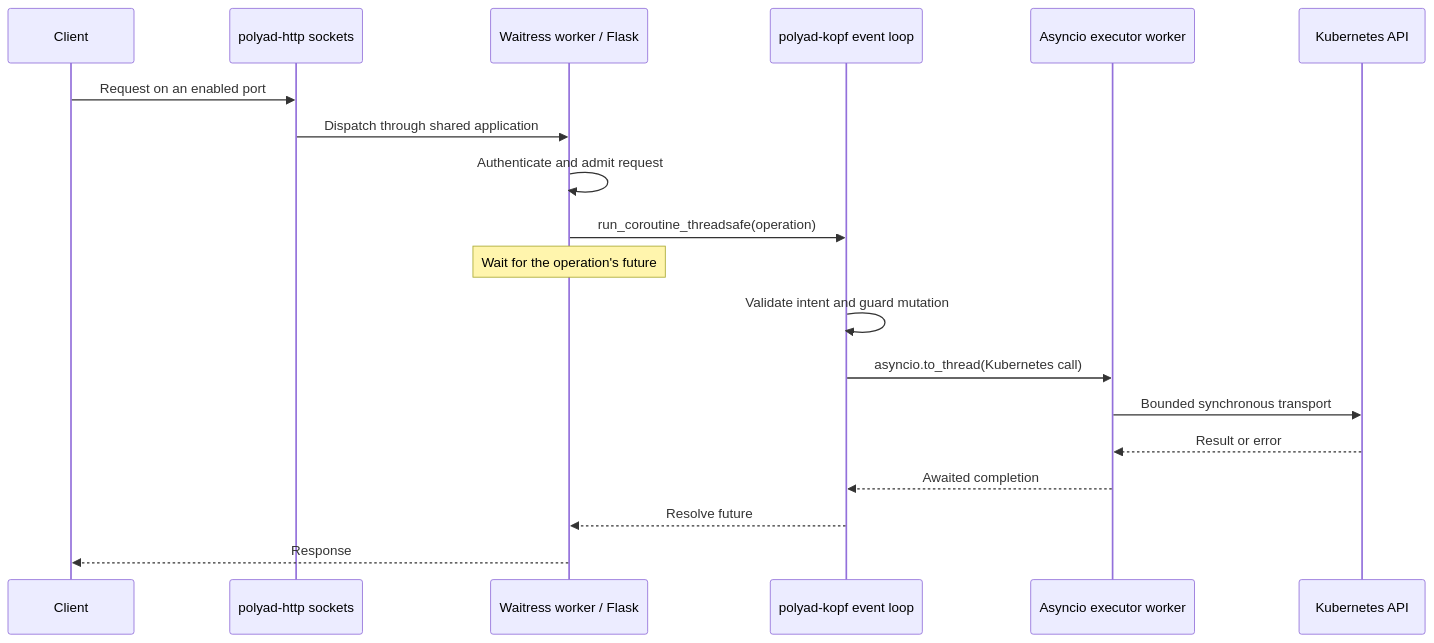
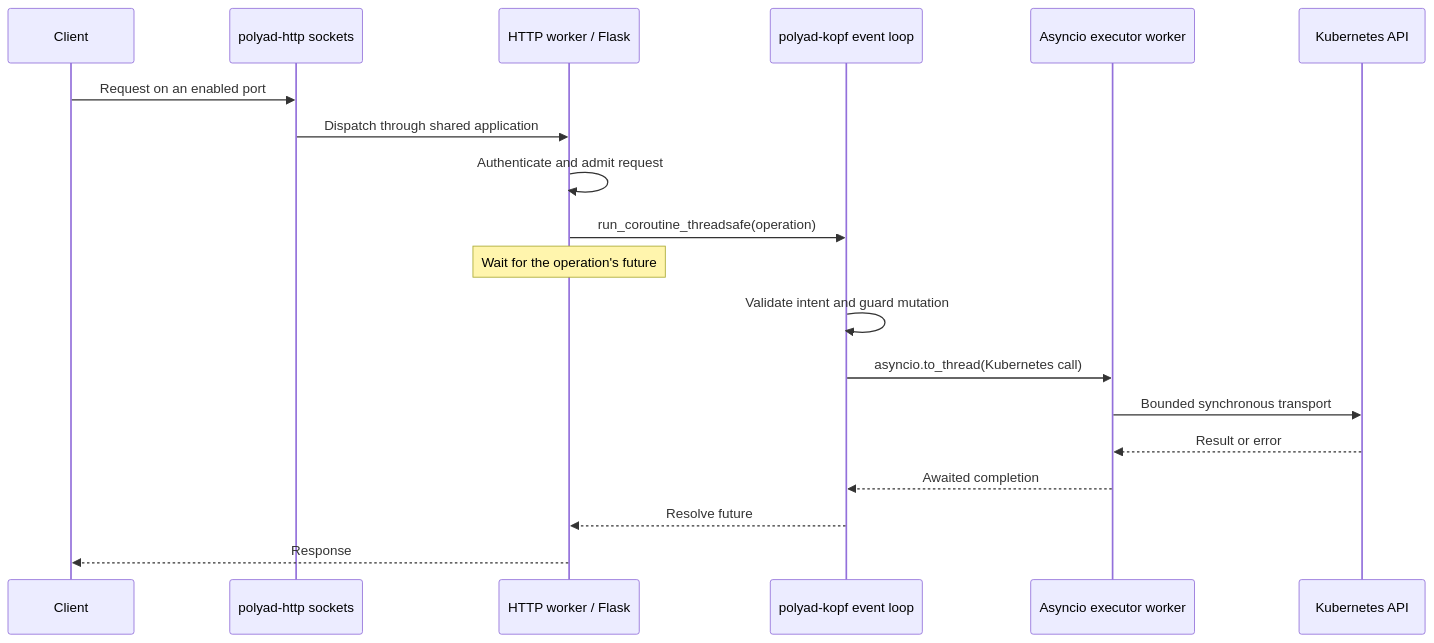
The second of 3 diagrams in docs/deployment/process-hierarchy.md (astrivant/polyad), drawn with Mermaid before and after one commit. The commit also changed other lines of this file and 75 other files, not shown here.

````diff
--- a/docs/deployment/process-hierarchy.md
+++ b/docs/deployment/process-hierarchy.md
@@ -146,21 +151,21 @@
 ```mermaid
 sequenceDiagram
     participant Client
     participant HTTP as polyad-http sockets
-    participant WSGI as Waitress worker / Flask
+    participant WSGI as HTTP worker / Flask
     participant Operator as polyad-kopf event loop
     participant Pool as Asyncio executor worker
     participant K8s as Kubernetes API
     Client->>HTTP: Request on an enabled port
     HTTP->>WSGI: Dispatch through shared application
     WSGI->>WSGI: Authenticate and admit request
     WSGI->>Operator: run_coroutine_threadsafe(operation)
     Note over WSGI: Wait for the operation's future
     Operator->>Operator: Validate intent and guard mutation
     Operator->>Pool: asyncio.to_thread(Kubernetes call)
     Pool->>K8s: Bounded synchronous transport
     K8s-->>Pool: Result or error
     Pool-->>Operator: Awaited completion
     Operator-->>WSGI: Resolve future
     WSGI-->>Client: Response
 ```
````
